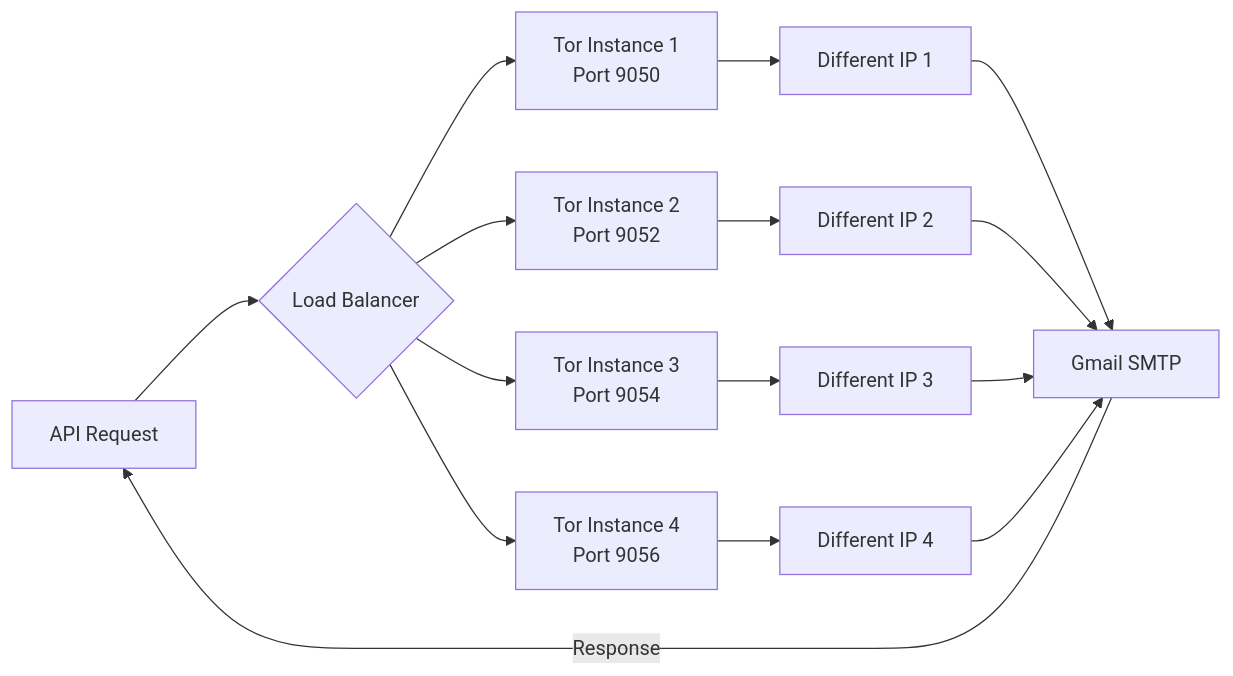
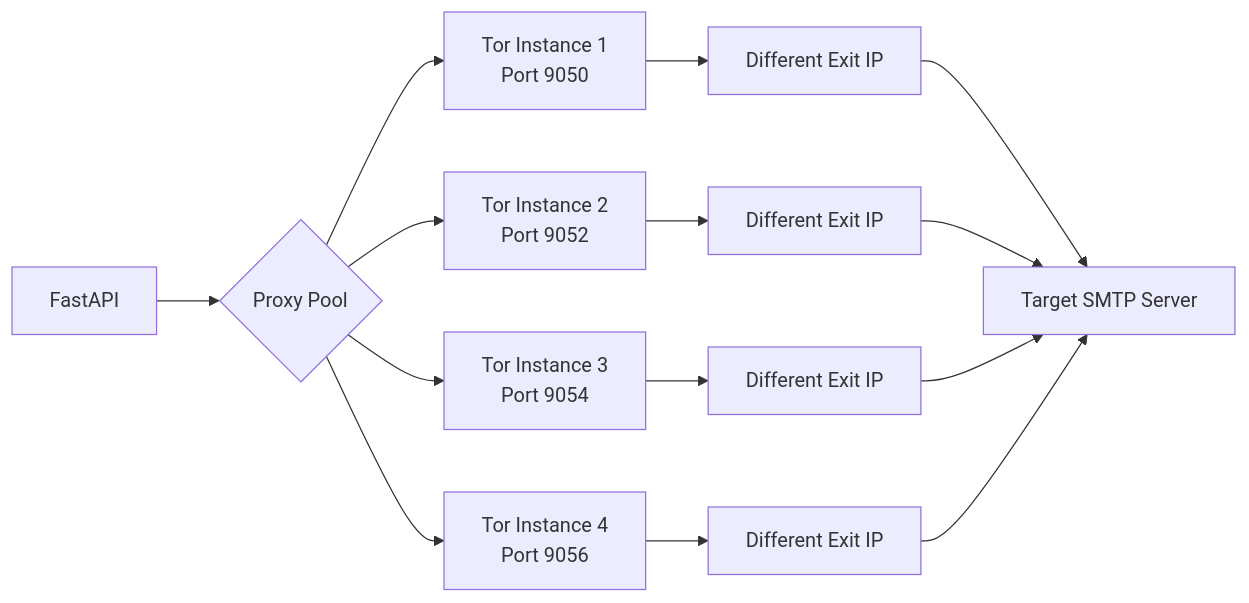
The diagram in README.md (rayeesansariwork/email-validator), drawn with Mermaid before and after one commit. The commit also changed other lines of this file and 1 other file, not shown here.

````diff
--- a/README.md
+++ b/README.md
@@ -203,20 +169,16 @@
 ```mermaid
 graph LR
-    A[API Request] --> B{Load Balancer}
+    A[FastAPI] --> B{Proxy Pool}
     B --> C[Tor Instance 1<br/>Port 9050]
     B --> D[Tor Instance 2<br/>Port 9052]
     B --> E[Tor Instance 3<br/>Port 9054]
     B --> F[Tor Instance 4<br/>Port 9056]
-    
-    C --> G[Different IP 1]
-    D --> H[Different IP 2]
-    E --> I[Different IP 3]
-    F --> J[Different IP 4]
-    
-    G --> K[Gmail SMTP]
+    C --> G[Different Exit IP]
+    D --> H[Different Exit IP]
+    E --> I[Different Exit IP]
+    F --> J[Different Exit IP]
+    G --> K[Target SMTP Server]
     H --> K
     I --> K
     J --> K
-    
-    K -->|Response| A
 ```
````
